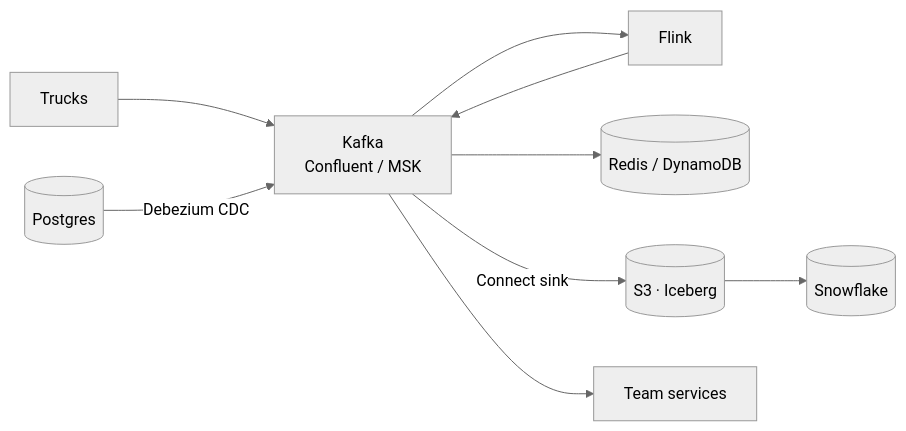
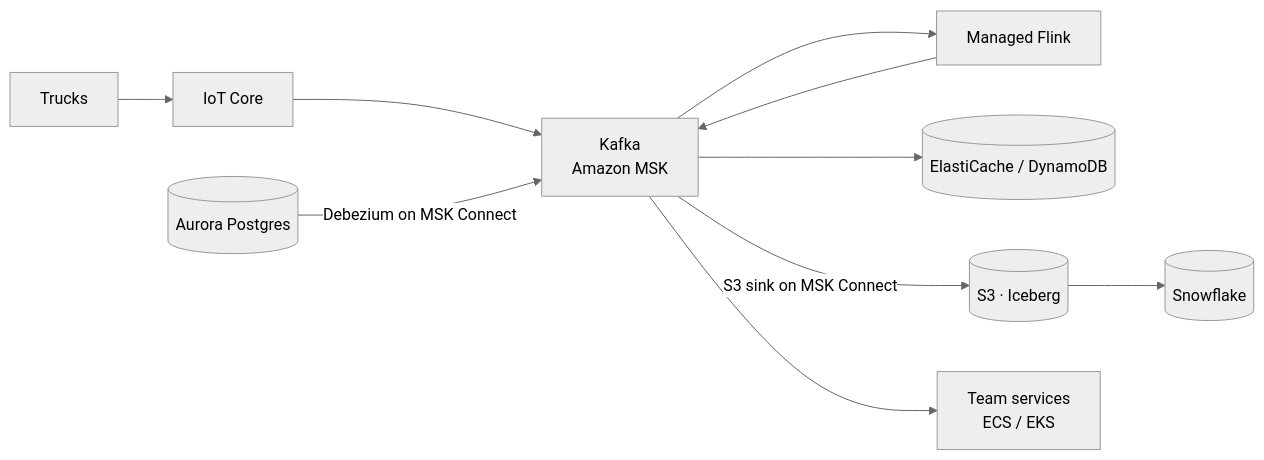
The fifth of 5 diagrams in theory/cloud/architecture-comparison.md (matiastulli/software-engineering-studybook), drawn with Mermaid (neutral theme) before and after one commit. The commit also changed other lines of this file and 15 other files, not shown here.

````diff
--- a/theory/cloud/architecture-comparison.md
+++ b/theory/cloud/architecture-comparison.md
@@ -146,9 +151,9 @@
 ```mermaid
 flowchart LR
-    T["Trucks"] --> K["Kafka<br/>Confluent / MSK"]
-    PG[("Postgres")] -->|Debezium CDC| K
-    K --> FL["Flink"] --> K
-    K --> R[("Redis / DynamoDB")]
-    K -->|Connect sink| ICE[("S3 · Iceberg")] --> SF[("Snowflake")]
-    K --> SVC["Team services"]
+    T["Trucks"] --> IOT["IoT Core"] --> K["Kafka<br/>Amazon MSK"]
+    PG[("Aurora Postgres")] -->|Debezium on MSK Connect| K
+    K --> FL["Managed Flink"] --> K
+    K --> R[("ElastiCache / DynamoDB")]
+    K -->|S3 sink on MSK Connect| ICE[("S3 · Iceberg")] --> SF[("Snowflake")]
+    K --> SVC["Team services<br/>ECS / EKS"]
 ```
````
